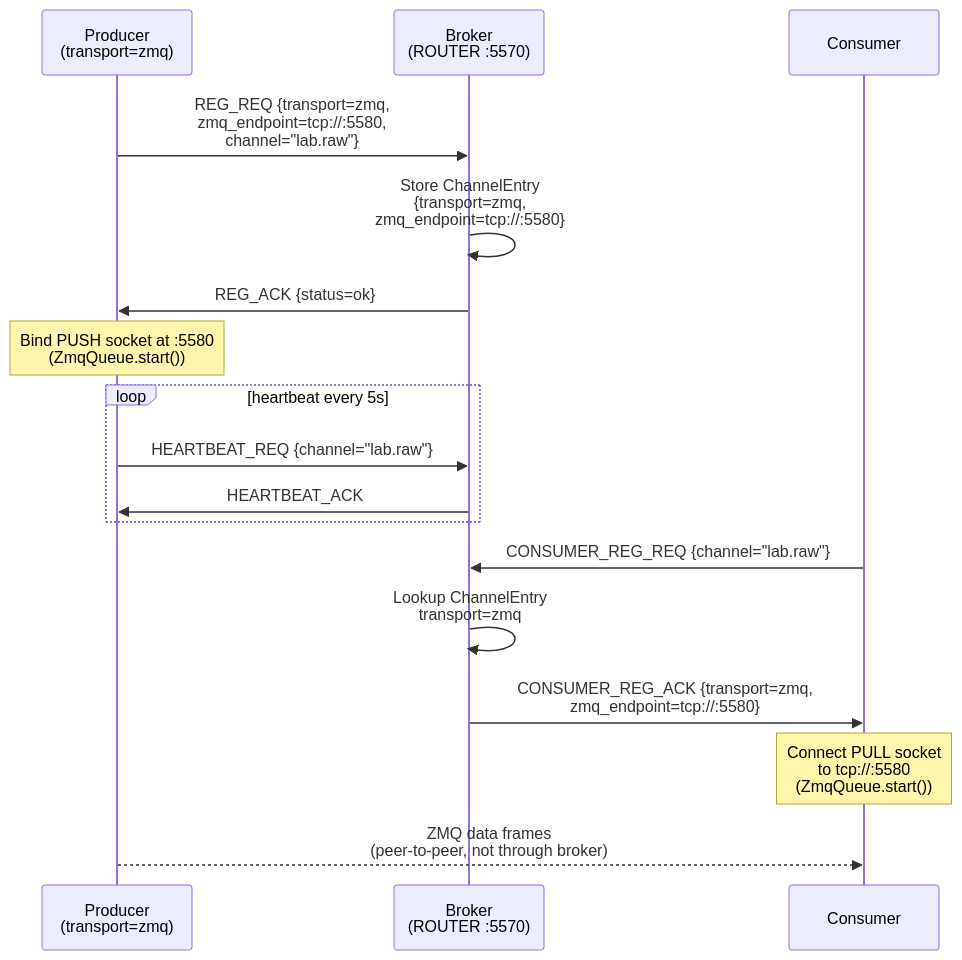
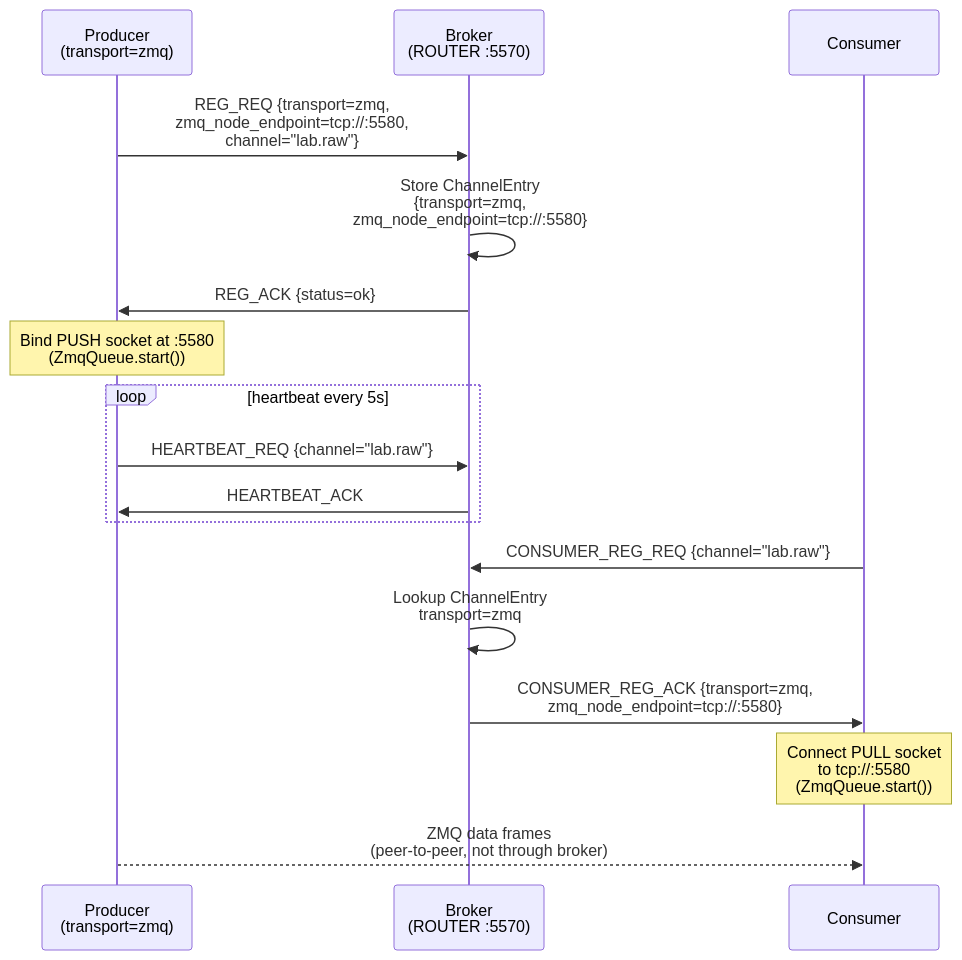
The fourth of 6 diagrams in docs/HEP/HEP-CORE-0021-ZMQ-Endpoint-Registry.md (Qing-LAB/pylabhub), drawn with Mermaid before and after one commit. The commit also changed other lines of this file and 26 other files, not shown here.

````diff
--- a/docs/HEP/HEP-CORE-0021-ZMQ-Endpoint-Registry.md
+++ b/docs/HEP/HEP-CORE-0021-ZMQ-Endpoint-Registry.md
@@ -365,23 +377,23 @@
 ```mermaid
 sequenceDiagram
     participant P as Producer<br/>(transport=zmq)
     participant B as Broker<br/>(ROUTER :5570)
     participant C as Consumer
 
-    P->>B: REG_REQ {transport=zmq,<br/>zmq_endpoint=tcp://:5580,<br/>channel="lab.raw"}
-    B->>B: Store ChannelEntry<br/>{transport=zmq,<br/>zmq_endpoint=tcp://:5580}
+    P->>B: REG_REQ {transport=zmq,<br/>zmq_node_endpoint=tcp://:5580,<br/>channel="lab.raw"}
+    B->>B: Store ChannelEntry<br/>{transport=zmq,<br/>zmq_node_endpoint=tcp://:5580}
     B->>P: REG_ACK {status=ok}
     Note over P: Bind PUSH socket at :5580<br/>(ZmqQueue.start())
 
     loop heartbeat every 5s
         P->>B: HEARTBEAT_REQ {channel="lab.raw"}
         B->>P: HEARTBEAT_ACK
     end
 
     C->>B: CONSUMER_REG_REQ {channel="lab.raw"}
     B->>B: Lookup ChannelEntry<br/>transport=zmq
-    B->>C: CONSUMER_REG_ACK {transport=zmq,<br/>zmq_endpoint=tcp://:5580}
+    B->>C: CONSUMER_REG_ACK {transport=zmq,<br/>zmq_node_endpoint=tcp://:5580}
     Note over C: Connect PULL socket<br/>to tcp://:5580<br/>(ZmqQueue.start())
 
     P-->>C: ZMQ data frames<br/>(peer-to-peer, not through broker)
 ```
````
